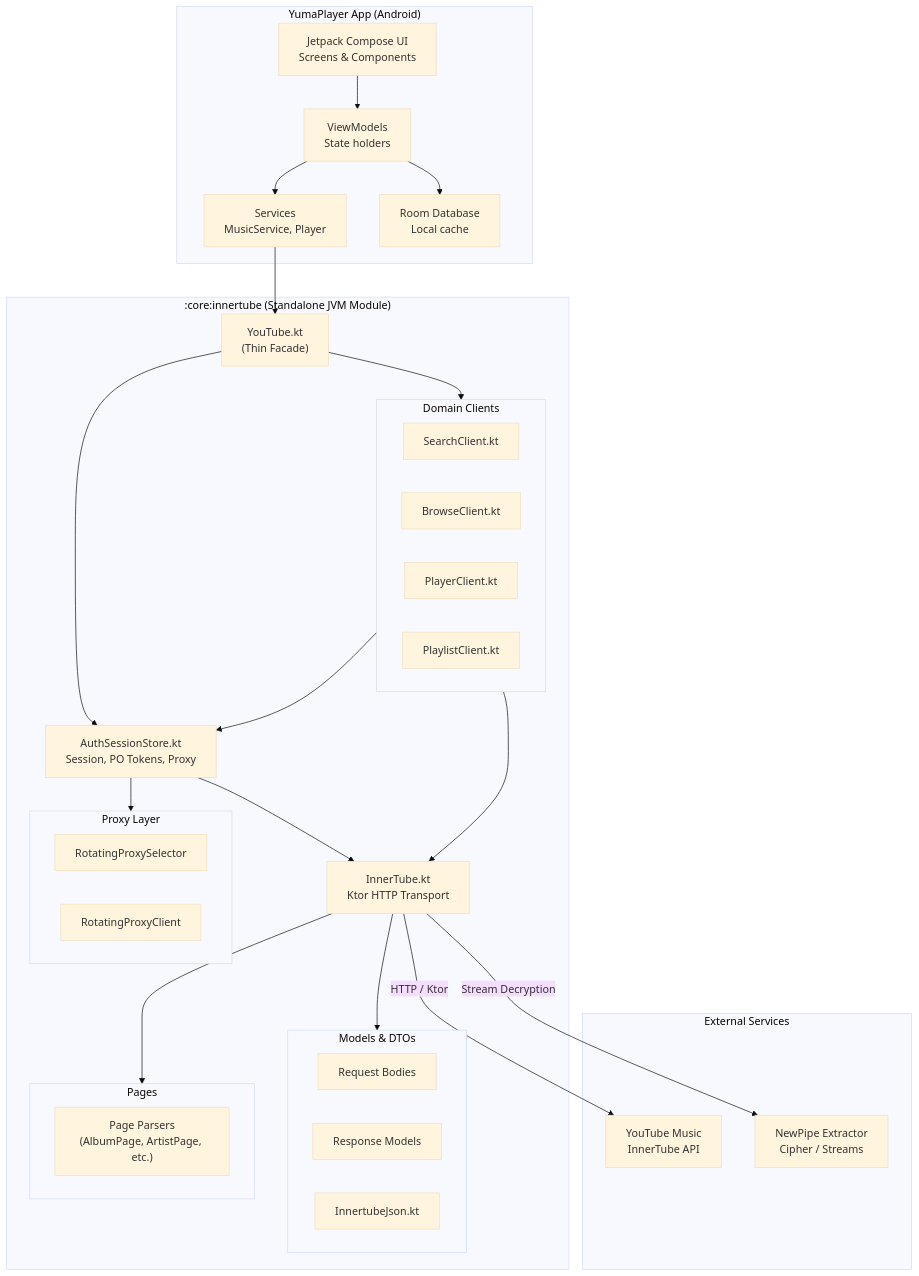
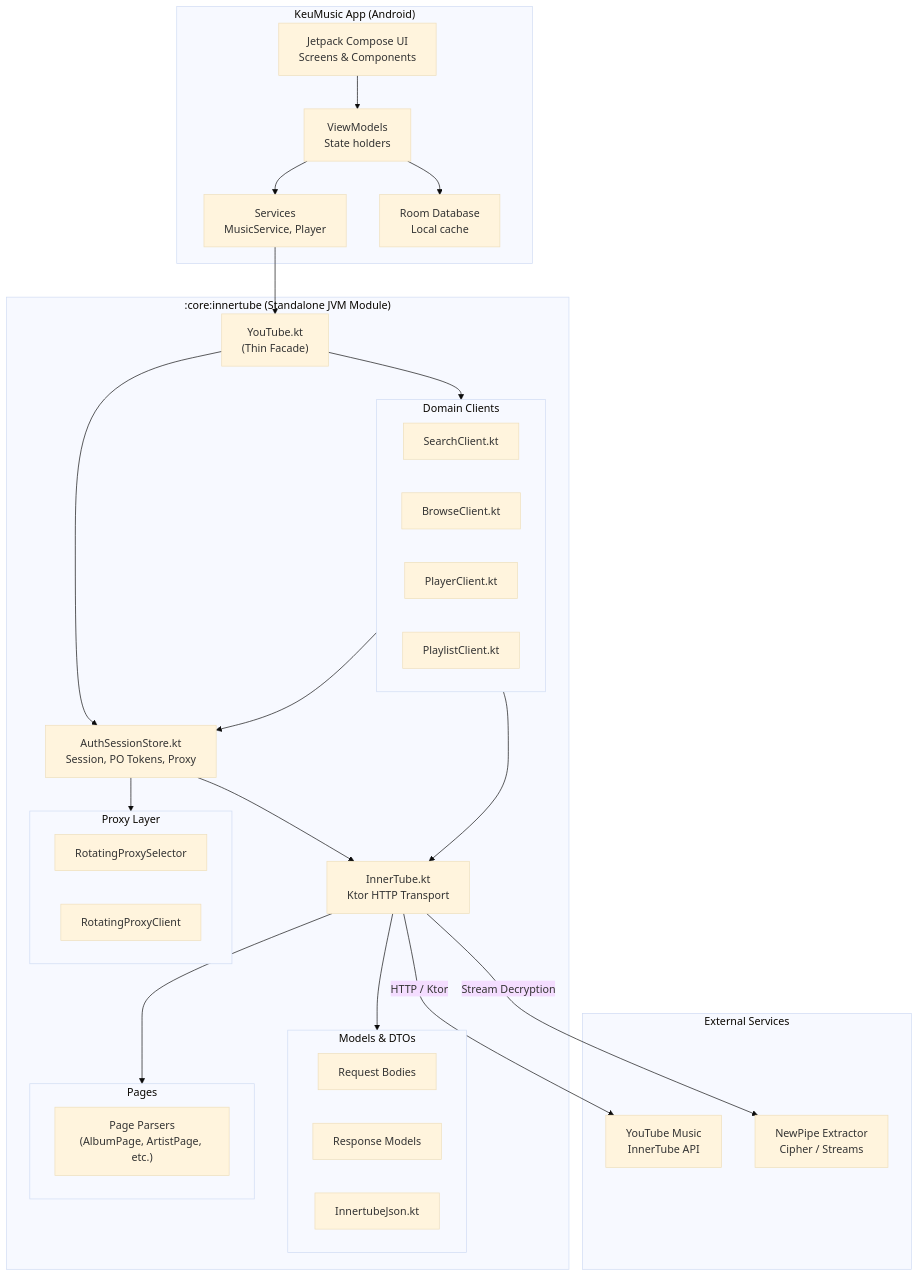
Before and after one commit to cybertechtriunfo-coder/KeuMusic-: the diagram in KeuMusicApp/core/README.md, drawn with Mermaid (base theme). The commit also changed other lines of this file and 138 other files, not shown here.

Commit message:
Complete KeuMusic branding and app customizations

````diff
--- a/KeuMusicApp/core/README.md
+++ b/KeuMusicApp/core/README.md
@@ -47,59 +47,59 @@
 ```mermaid
 flowchart TB
-    subgraph Android["YumaPlayer App (Android)"]
+    subgraph Android["KeuMusic App (Android)"]
         UI["Jetpack Compose UI<br/>Screens & Components"]
         VM["ViewModels<br/>State holders"]
         SVC["Services<br/>MusicService, Player"]
         DB["Room Database<br/>Local cache"]
     end
 
     subgraph InnertubeModule[":core:innertube (Standalone JVM Module)"]
         YT["YouTube.kt<br/>(Thin Facade)"]
 
         subgraph Clients["Domain Clients"]
             SC["SearchClient.kt"]
             BC["BrowseClient.kt"]
             PC["PlayerClient.kt"]
             PLC["PlaylistClient.kt"]
         end
 
         AUTH["AuthSessionStore.kt<br/>Session, PO Tokens, Proxy"]
         IT["InnerTube.kt<br/>Ktor HTTP Transport"]
 
         subgraph Models["Models & DTOs"]
             REQ["Request Bodies"]
             RES["Response Models"]
             JSON["InnertubeJson.kt"]
         end
 
         subgraph Pages["Pages"]
             PARSERS["Page Parsers<br/>(AlbumPage, ArtistPage, etc.)"]
         end
 
         subgraph Proxy["Proxy Layer"]
             RPS["RotatingProxySelector"]
             RPC["RotatingProxyClient"]
         end
     end
 
     subgraph External["External Services"]
         YTM["YouTube Music<br/>InnerTube API"]
         NEWPIPE["NewPipe Extractor<br/>Cipher / Streams"]
     end
 
     UI --> VM --> SVC
     VM --> DB
     SVC --> YT
 
     YT --> Clients
     YT --> AUTH
     Clients --> IT
     Clients --> AUTH
     AUTH --> IT
     AUTH --> Proxy
 
     IT --> Models
     IT --> Pages
     IT -->|HTTP / Ktor| YTM
     IT -->|Stream Decryption| NEWPIPE
 ```
````
